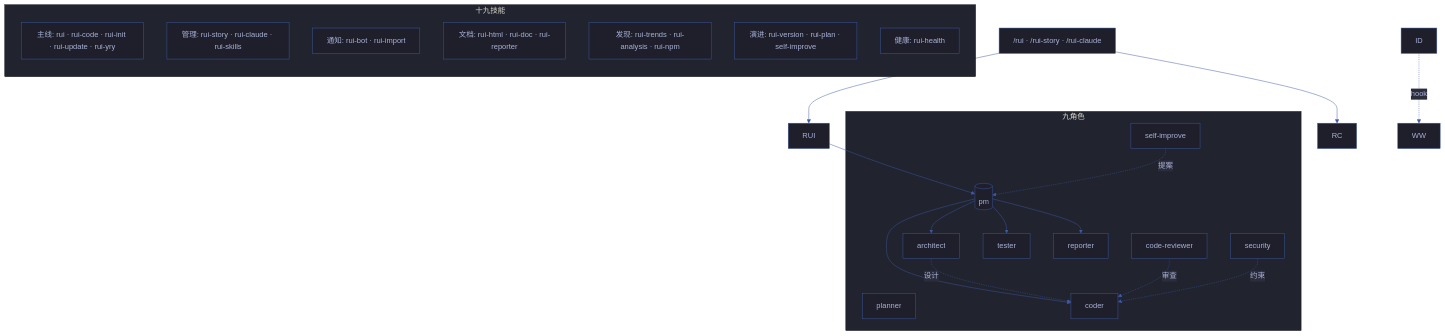
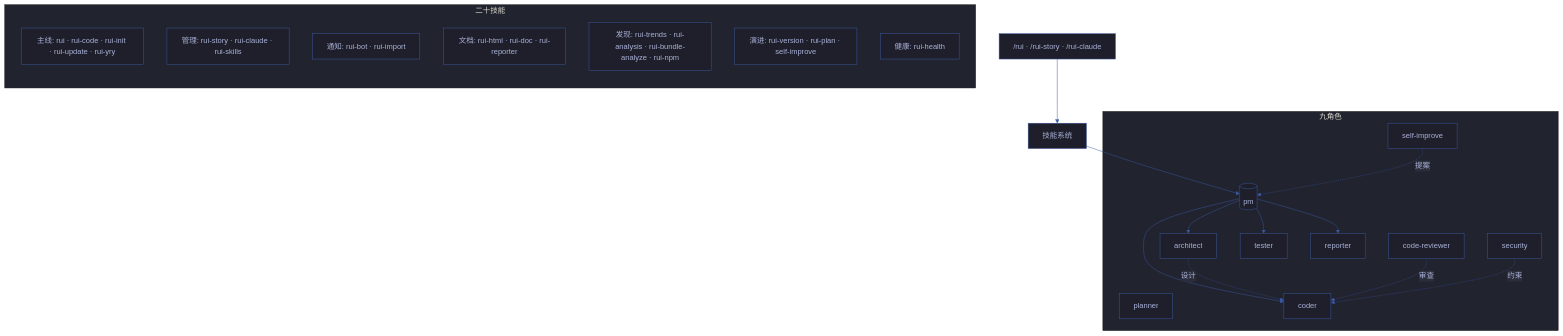
One commit to effiy/YrY changed the first of 6 diagrams in README.md. Above: the diagram before and after it, drawn with Mermaid. The commit also changed other lines of this file and 14 other files, not shown here.

````diff
--- a/README.md
+++ b/README.md
@@ -9,45 +9,44 @@
 ```mermaid
 %%{init: {'theme': 'base', 'themeVariables': {
   'primaryColor': '#1e1f2b',
   'primaryTextColor': '#a9b1d6',
   'primaryBorderColor': '#3d59a1',
   'lineColor': '#3d59a1',
   'secondaryColor': '#2b2d3b',
   'tertiaryColor': '#21232f'
 }}}%%
 flowchart TD
     CMD["/rui · /rui-story · /rui-claude"]
 
-    subgraph Skills[十九技能]
+    subgraph Skills[二十技能]
         direction TB
         CORE["主线: rui · rui-code · rui-init · rui-update · rui-yry"]:::skill
         MGMT["管理: rui-story · rui-claude · rui-skills"]:::skill
         BOT["通知: rui-bot · rui-import"]:::skill
         DOCS["文档: rui-html · rui-doc · rui-reporter"]:::skill
-        DISC["发现: rui-trends · rui-analysis · rui-npm"]:::skill
+        DISC["发现: rui-trends · rui-analysis · rui-bundle-analyze · rui-npm"]:::skill
         EVO["演进: rui-version · rui-plan · self-improve"]:::skill
         HEALTH["健康: rui-health"]:::skill
     end
 
     subgraph Agents[九角色]
         PM[("pm")]:::core
         PLANNER[planner]:::agent
         ARCHITECT[architect]:::agent
         CODER[coder]:::agent
         REVIEWER[code-reviewer]:::agent
         TESTER[tester]:::agent
         REPORTER[reporter]:::agent
         SECURITY[security]:::agent
         SI[self-improve]:::agent
     end
 
-    CMD --> RUI & RC
-    RUI --> PM
+    CMD --> SKILLS["技能系统"]
+    SKILLS --> PM
     PM --> ARCHITECT & CODER & TESTER & REPORTER
     ARCHITECT -.设计.-> CODER
     REVIEWER -.审查.-> CODER
     SECURITY -.约束.-> CODER
     SI -.提案.-> PM
-    ID -.hook.-> WW
 
 ```
````
